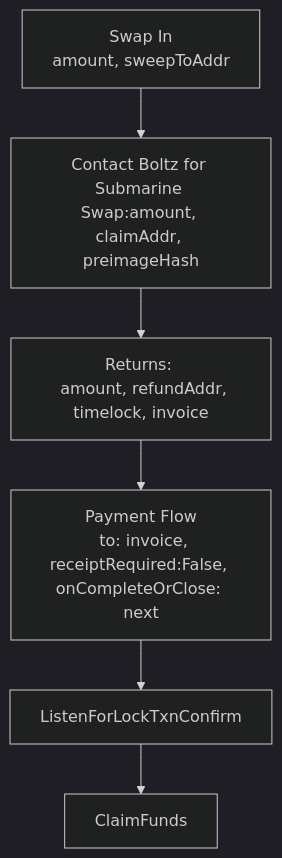
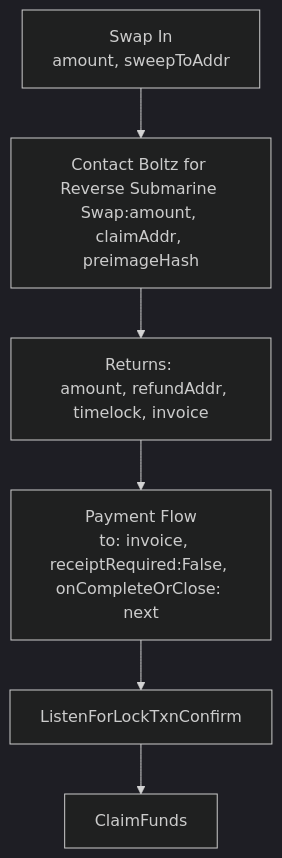
The third of 6 diagrams in app/README.md (sudonym-btc/hostr), drawn with Mermaid (dark theme) before and after one commit. The commit also changed other lines of this file and 16 other files, not shown here.

````diff
--- a/app/README.md
+++ b/app/README.md
@@ -268,13 +347,13 @@
 ```mermaid
 flowchart TD
   SwapIn[Swap In
   amount, sweepToAddr]
-  -->ContactBoltz[Contact Boltz for Submarine Swap:amount, claimAddr, preimageHash]
+  -->ContactBoltz[Contact Boltz for Reverse Submarine Swap:amount, claimAddr, preimageHash]
   ContactBoltz-->SwapDetails[Returns: 
   amount, refundAddr, timelock, invoice]
   SwapDetails-->PaymentFlow[Payment Flow
   to: invoice, receiptRequired:False, onCompleteOrClose: next]
   PaymentFlow-->ListenForLockTxnConfirm
   ListenForLockTxnConfirm-->ClaimFunds
   ClaimFunds
 ```
````
